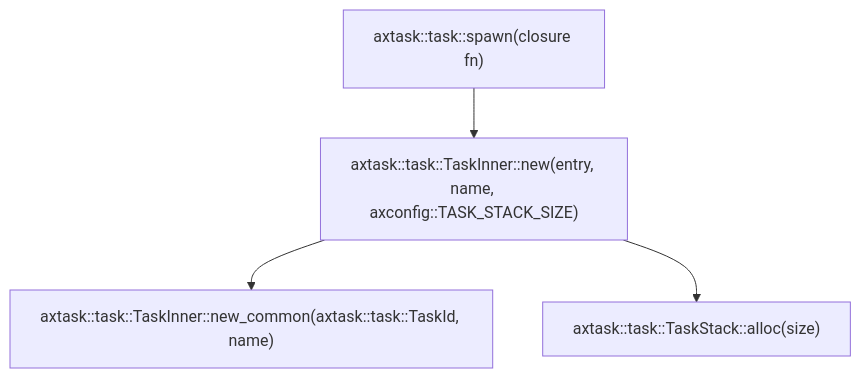
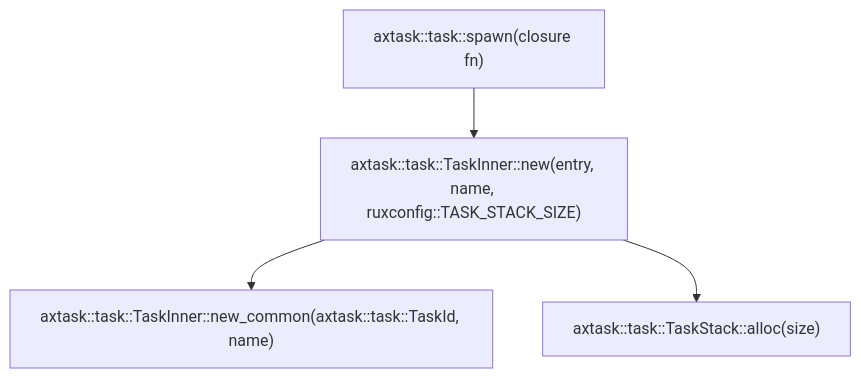
One commit to coolyjg/rukos changed the second of 3 diagrams in doc/apps_sleep.md. Above: the diagram before and after it, drawn with Mermaid. The commit also changed 185 other files, not shown here.

````diff
--- a/doc/apps_sleep.md
+++ b/doc/apps_sleep.md
@@ -99,7 +99,7 @@
 ```mermaid
 graph TD;
     T["axtask::task::spawn(closure fn)"]
-    T-->A["axtask::task::TaskInner::new(entry, name, axconfig::TASK_STACK_SIZE)"]
+    T-->A["axtask::task::TaskInner::new(entry, name, ruxconfig::TASK_STACK_SIZE)"]
     A-->B["axtask::task::TaskInner::new_common(axtask::task::TaskId, name)"]
     A-->C["axtask::task::TaskStack::alloc(size)"]
 ```
````
